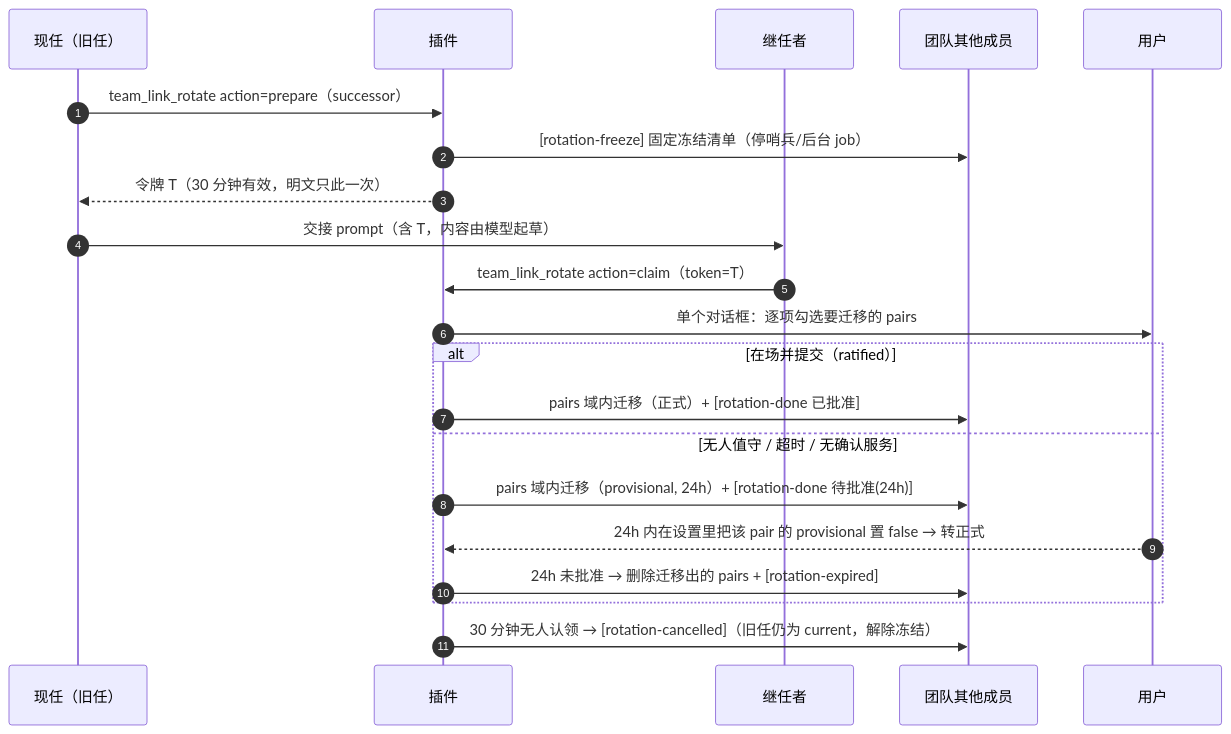
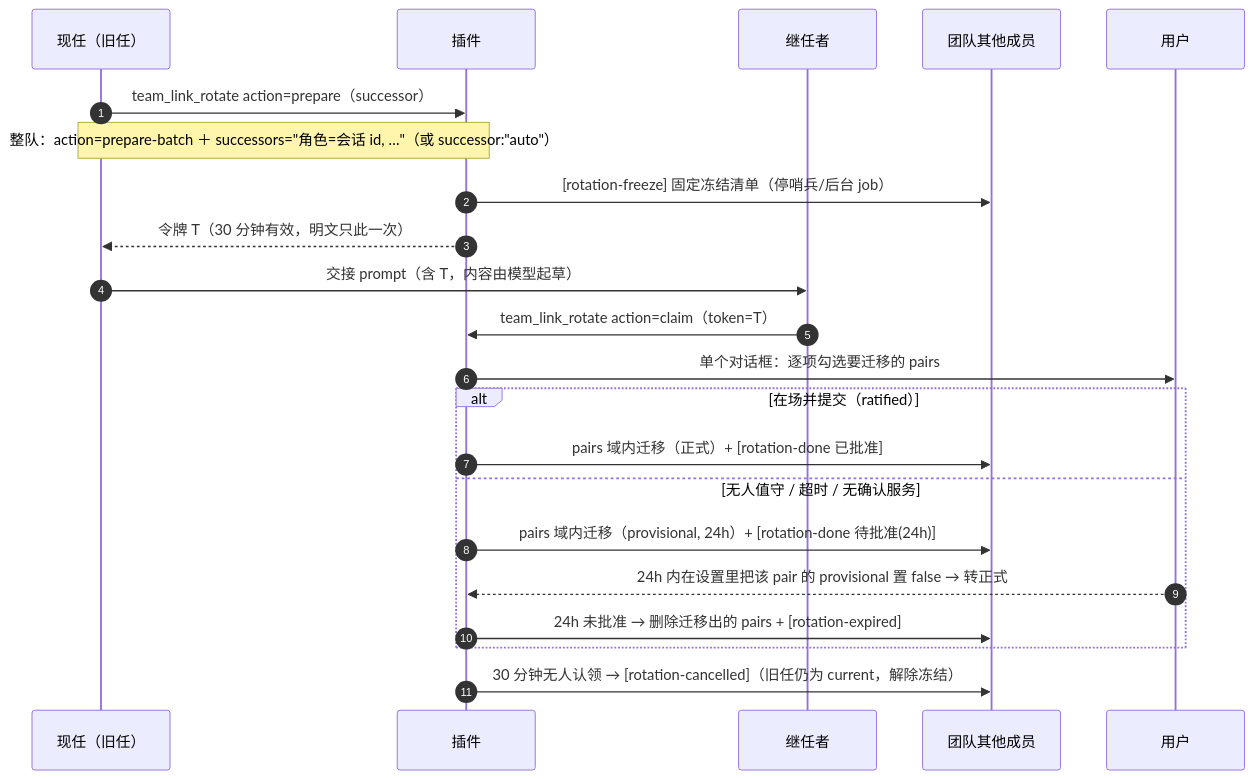
One commit to shenhuanageshei/dsh-team-link changed the seventh of 7 diagrams in README.md. Above: the diagram before and after it, drawn with Mermaid. The commit also changed other lines of this file and 12 other files, not shown here.

````diff
--- a/README.md
+++ b/README.md
@@ -969,23 +969,24 @@
 ```mermaid
 sequenceDiagram
     autonumber
     participant R as 现任（旧任）
     participant P as 插件
     participant S as 继任者
     participant W as 团队其他成员
     participant U as 用户
     R->>P: team_link_rotate action=prepare（successor）
+    Note over R,P: 整队：action=prepare-batch ＋ successors="角色=会话 id, …"（或 successor:"auto"）
     P->>W: [rotation-freeze] 固定冻结清单（停哨兵/后台 job）
     P-->>R: 令牌 T（30 分钟有效，明文只此一次）
     R->>S: 交接 prompt（含 T，内容由模型起草）
     S->>P: team_link_rotate action=claim（token=T）
     P->>U: 单个对话框：逐项勾选要迁移的 pairs
     alt 在场并提交（ratified）
         P->>W: pairs 域内迁移（正式）+ [rotation-done 已批准]
     else 无人值守 / 超时 / 无确认服务
         P->>W: pairs 域内迁移（provisional, 24h）+ [rotation-done 待批准(24h)]
         U-->>P: 24h 内在设置里把该 pair 的 provisional 置 false → 转正式
         P->>W: 24h 未批准 → 删除迁移出的 pairs + [rotation-expired]
     end
     P->>W: 30 分钟无人认领 → [rotation-cancelled]（旧任仍为 current，解除冻结）
 ```
````
